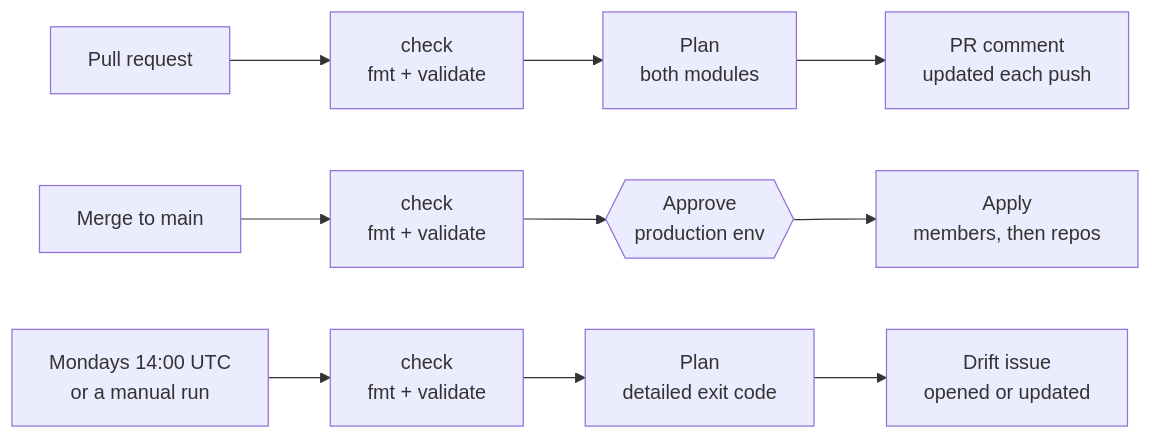
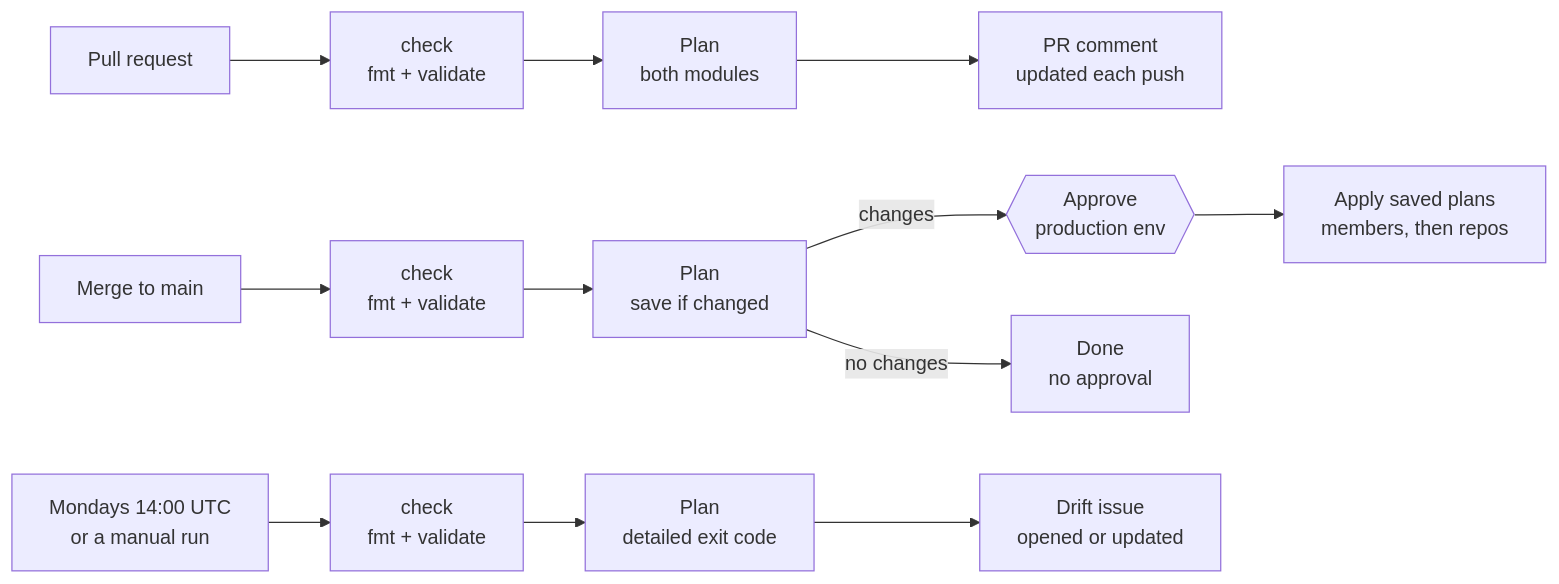
One commit to ardotconsulting/membership changed the diagram in docs/setup.md. Above: the diagram before and after it, drawn with Mermaid. The commit also changed other lines of this file and 7 other files, not shown here.

First line of the commit message:
👷 skip the production approval when a merge plans no changes (#20)

````diff
--- a/docs/setup.md
+++ b/docs/setup.md
@@ -24,6 +24,7 @@
 ```mermaid
 flowchart LR
   pr[Pull request] --> c1[check<br/>fmt + validate] --> p1[Plan<br/>both modules] --> cm[PR comment<br/>updated each push]
-  mg[Merge to main] --> c2[check<br/>fmt + validate] --> ap{{Approve<br/>production env}} --> apply[Apply<br/>members, then repos]
+  mg[Merge to main] --> c2[check<br/>fmt + validate] --> p2[Plan<br/>save if changed] -->|changes| ap{{Approve<br/>production env}} --> apply[Apply saved plans<br/>members, then repos]
+  p2 -->|no changes| done[Done<br/>no approval]
   cron[Mondays 14:00 UTC<br/>or a manual run] --> c3[check<br/>fmt + validate] --> p3[Plan<br/>detailed exit code] --> di[Drift issue<br/>opened or updated]
 ```
````
